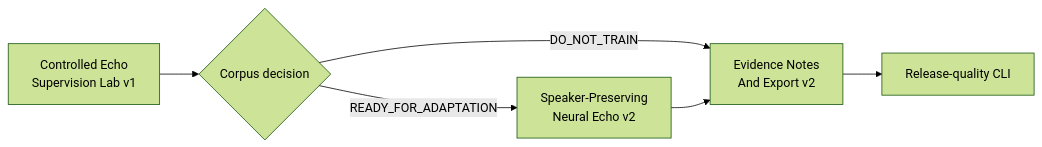
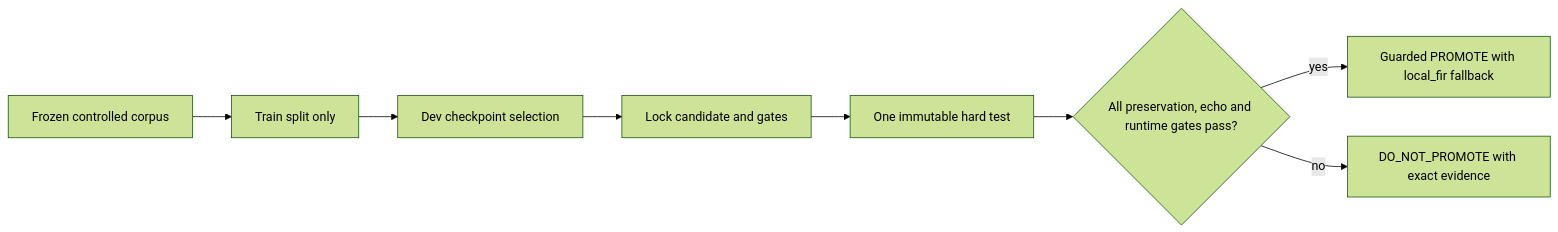
The diagram in docs/project/current-goal.md (asukhodko/murmurmark), drawn with Mermaid (forest theme) before and after one commit. The commit also changed other lines of this file and 16 other files, not shown here.

Commit message:
feat: complete controlled echo supervision lab

````diff
--- a/docs/project/current-goal.md
+++ b/docs/project/current-goal.md
@@ -152,14 +136,10 @@
 ```mermaid
 flowchart LR
-    A["Controlled Echo<br/>Supervision Lab v1"]
-    B{"Corpus decision"}
-    C["Speaker-Preserving<br/>Neural Echo v2"]
-    D["Evidence Notes<br/>And Export v2"]
-    E["Release-quality CLI"]
-
-    A --> B
-    B -->|"READY_FOR_ADAPTATION"| C
-    B -->|"DO_NOT_TRAIN"| D
-    C --> D
-    D --> E
+    A["Frozen controlled corpus"] --> B["Train split only"]
+    B --> C["Dev checkpoint selection"]
+    C --> D["Lock candidate and gates"]
+    D --> E["One immutable hard test"]
+    E --> F{"All preservation, echo and runtime gates pass?"}
+    F -->|"yes"| G["Guarded PROMOTE with local_fir fallback"]
+    F -->|"no"| H["DO_NOT_PROMOTE with exact evidence"]
 ```
````
